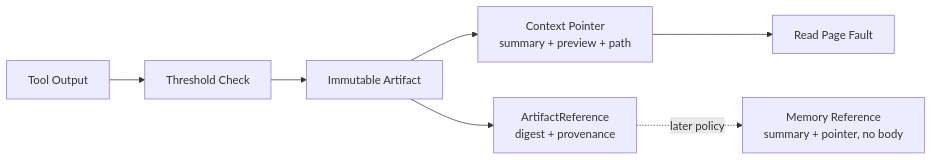
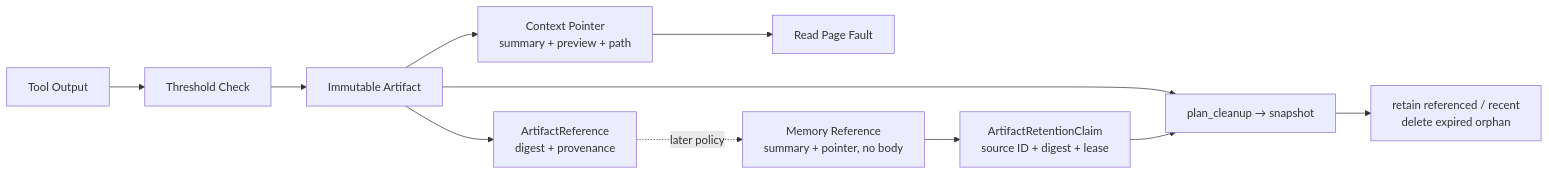
Before and after one commit to Zenquan/learn-workbuddy: the diagram in s13_output_externalization/README.md, drawn with Mermaid. The commit also changed other lines of this file and 6 other files, not shown here.

Commit message:
feat(s13): add reference-aware artifact cleanup

````diff
--- a/s13_output_externalization/README.md
+++ b/s13_output_externalization/README.md
@@ -13,9 +13,13 @@
 ```mermaid
 flowchart LR
     A["Tool Output"] --> B["Threshold Check"]
     B --> C["Immutable Artifact"]
     C --> D["Context Pointer<br/>summary + preview + path"]
     D --> E["Read Page Fault"]
     C --> F["ArtifactReference<br/>digest + provenance"]
     F -. "later policy" .-> G["Memory Reference<br/>summary + pointer, no body"]
+    G --> H["ArtifactRetentionClaim<br/>source ID + digest + lease"]
+    C --> I["plan_cleanup → snapshot"]
+    H --> I
+    I --> J["retain referenced / recent<br/>delete expired orphan"]
 ```
````
